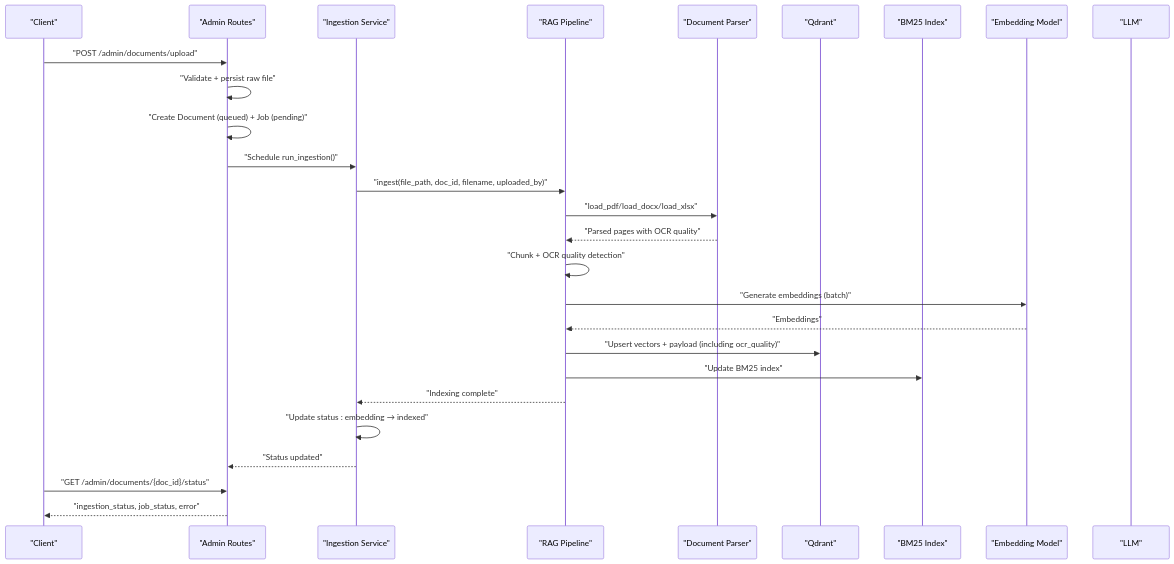
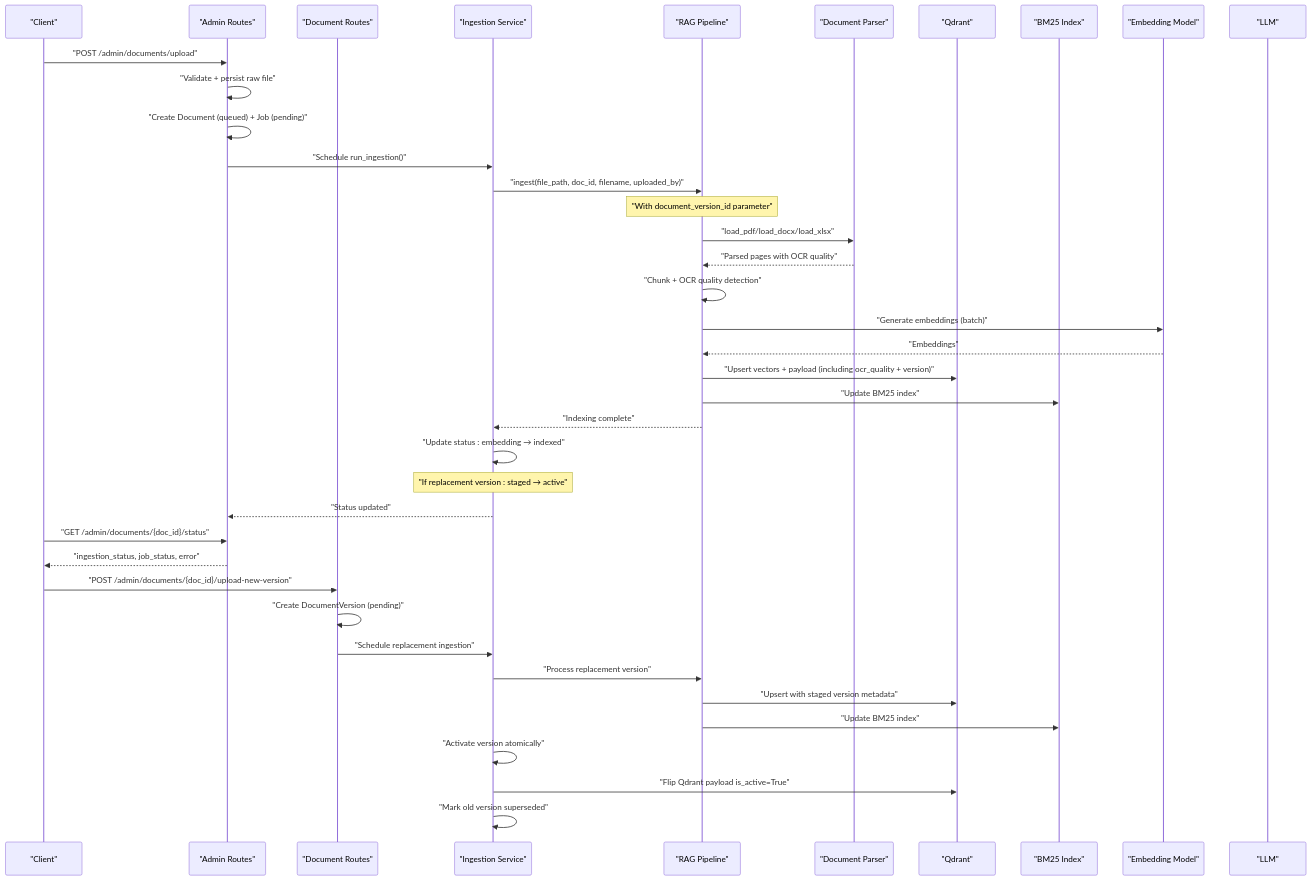
The second of 12 diagrams in .qoder/repowiki/en/content/Document Processing System/Document Processing System.md (genes8/private-ai), drawn with Mermaid before and after one commit. The commit also changed other lines of this file and 7 other files, not shown here.

````diff
--- a/.qoder/repowiki/en/content/Document Processing System/Document Processing System.md
+++ b/.qoder/repowiki/en/content/Document Processing System/Document Processing System.md
@@ -155,29 +172,41 @@
 ```mermaid
 sequenceDiagram
 participant Client as "Client"
 participant API as "Admin Routes"
+participant DocAPI as "Document Routes"
 participant Ingest as "Ingestion Service"
 participant Pipe as "RAG Pipeline"
 participant Parser as "Document Parser"
 participant QD as "Qdrant"
 participant BM as "BM25 Index"
 participant ENC as "Embedding Model"
 participant LLM as "LLM"
 Client->>API : "POST /admin/documents/upload"
 API->>API : "Validate + persist raw file"
 API->>API : "Create Document (queued) + Job (pending)"
 API->>Ingest : "Schedule run_ingestion()"
 Ingest->>Pipe : "ingest(file_path, doc_id, filename, uploaded_by)"
+Note over Pipe : "With document_version_id parameter"
 Pipe->>Parser : "load_pdf/load_docx/load_xlsx"
 Parser-->>Pipe : "Parsed pages with OCR quality"
 Pipe->>Pipe : "Chunk + OCR quality detection"
 Pipe->>ENC : "Generate embeddings (batch)"
 ENC-->>Pipe : "Embeddings"
-Pipe->>QD : "Upsert vectors + payload (including ocr_quality)"
+Pipe->>QD : "Upsert vectors + payload (including ocr_quality + version)"
 Pipe->>BM : "Update BM25 index"
 Pipe-->>Ingest : "Indexing complete"
 Ingest->>Ingest : "Update status : embedding → indexed"
+Note over Ingest : "If replacement version : staged → active"
 Ingest-->>API : "Status updated"
 Client->>API : "GET /admin/documents/{doc_id}/status"
 API-->>Client : "ingestion_status, job_status, error"
+Client->>DocAPI : "POST /admin/documents/{doc_id}/upload-new-version"
+DocAPI->>DocAPI : "Create DocumentVersion (pending)"
+DocAPI->>Ingest : "Schedule replacement ingestion"
+Ingest->>Pipe : "Process replacement version"
+Pipe->>QD : "Upsert with staged version metadata"
+Pipe->>BM : "Update BM25 index"
+Ingest->>Ingest : "Activate version atomically"
+Ingest->>QD : "Flip Qdrant payload is_active=True"
+Ingest->>Ingest : "Mark old version superseded"
 ```
````
